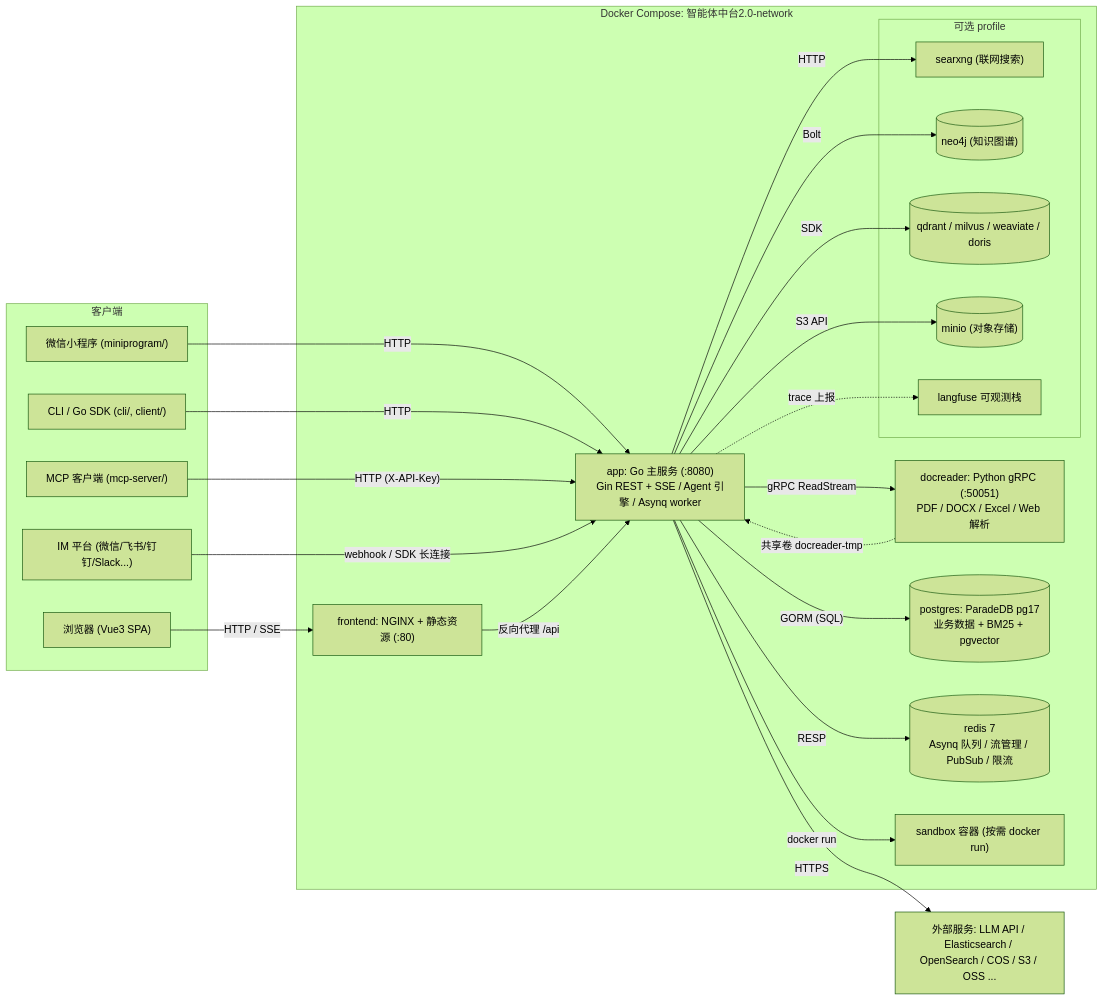
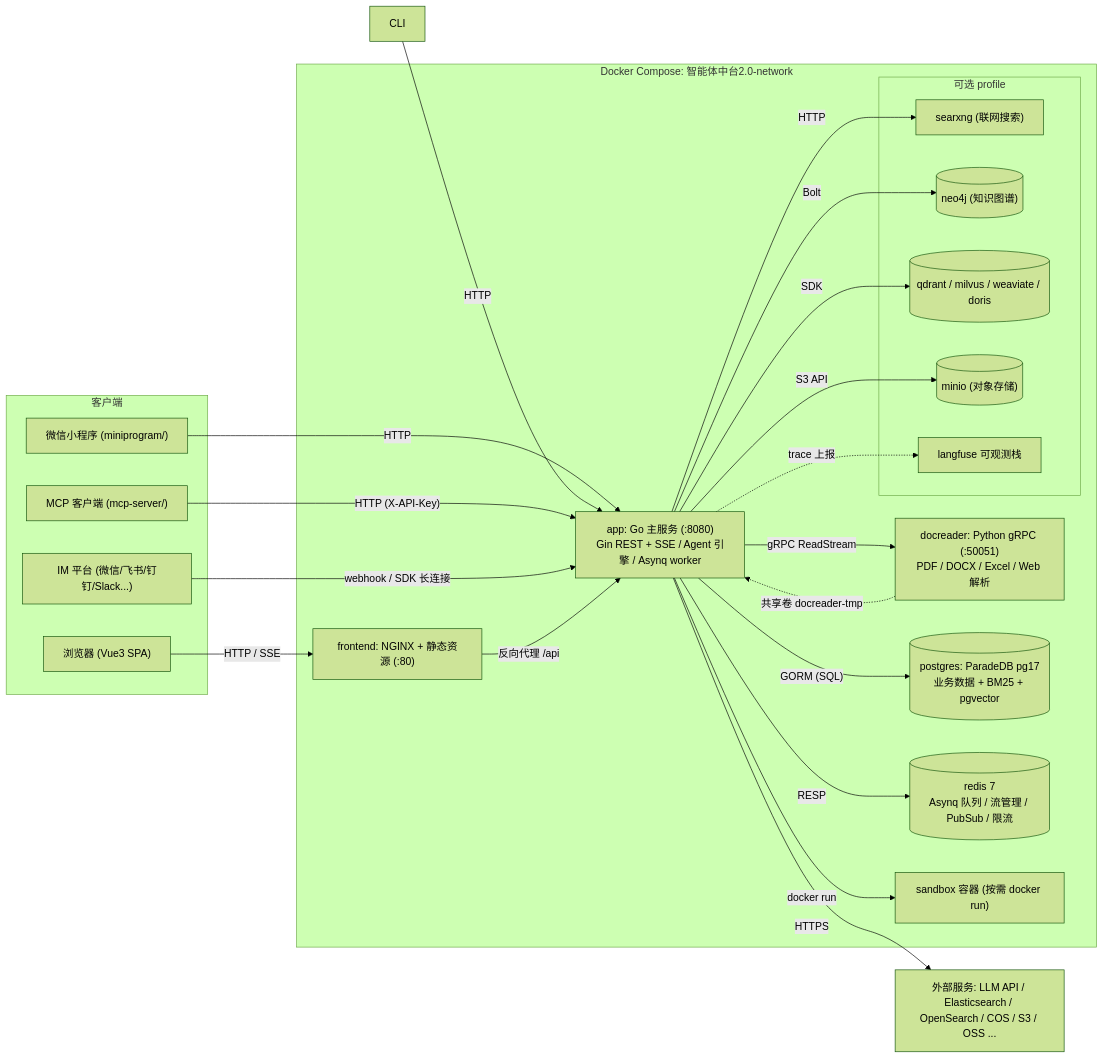
Before and after one commit to qinlei131479/WeKnora: the first of 2 diagrams in apps/docs/02-architecture/01-overview.md, drawn with Mermaid (forest theme). The commit also changed other lines of this file and 23 other files, not shown here.

````diff
--- a/apps/docs/02-architecture/01-overview.md
+++ b/apps/docs/02-architecture/01-overview.md
@@ -89,46 +89,46 @@
 ```mermaid
 graph LR
     subgraph Clients["客户端"]
         Browser["浏览器 (Vue3 SPA)"]
         Mini["微信小程序 (miniprogram/)"]
-        CLI["CLI / Go SDK (cli/, client/)"]
+        %% CLI["CLI / Go SDK (cli/, client/)"]
         MCPC["MCP 客户端 (mcp-server/)"]
         IM["IM 平台 (微信/飞书/钉钉/Slack...)"]
     end
 
     subgraph Compose["Docker Compose: 智能体中台2.0-network"]
         FE["frontend: NGINX + 静态资源 (:80)"]
         APP["app: Go 主服务 (:8080)<br/>Gin REST + SSE / Agent 引擎 / Asynq worker"]
         DR["docreader: Python gRPC (:50051)<br/>PDF / DOCX / Excel / Web 解析"]
         PG[("postgres: ParadeDB pg17<br/>业务数据 + BM25 + pgvector")]
         RD[("redis 7<br/>Asynq 队列 / 流管理 / PubSub / 限流")]
         SBX["sandbox 容器 (按需 docker run)"]
         subgraph Optional["可选 profile"]
             SX["searxng (联网搜索)"]
             NEO[("neo4j (知识图谱)")]
             VDB[("qdrant / milvus / weaviate / doris")]
             MINIO[("minio (对象存储)")]
             LF["langfuse 可观测栈"]
         end
     end
 
     EXT["外部服务: LLM API / Elasticsearch / OpenSearch / COS / S3 / OSS ..."]
 
     Browser -->|"HTTP / SSE"| FE
     Mini -->|"HTTP"| APP
     CLI -->|"HTTP"| APP
     MCPC -->|"HTTP (X-API-Key)"| APP
     IM -->|"webhook / SDK 长连接"| APP
     FE -->|"反向代理 /api"| APP
     APP -->|"gRPC ReadStream"| DR
     APP -->|"GORM (SQL)"| PG
     APP -->|"RESP"| RD
     APP -->|"docker run"| SBX
     APP -->|"HTTP"| SX
     APP -->|"Bolt"| NEO
     APP -->|"SDK"| VDB
     APP -->|"S3 API"| MINIO
     APP -->|"HTTPS"| EXT
     APP -.->|"trace 上报"| LF
     DR -.->|"共享卷 docreader-tmp"| APP
 ```
````
